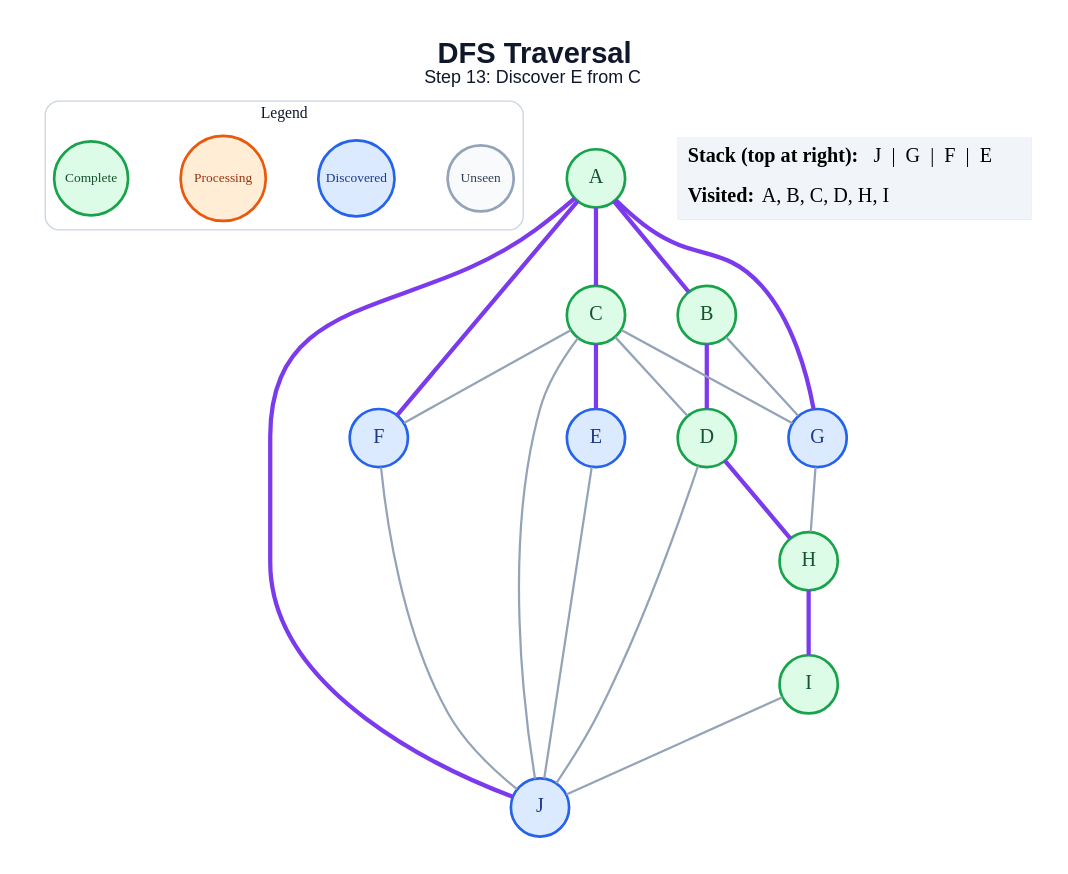
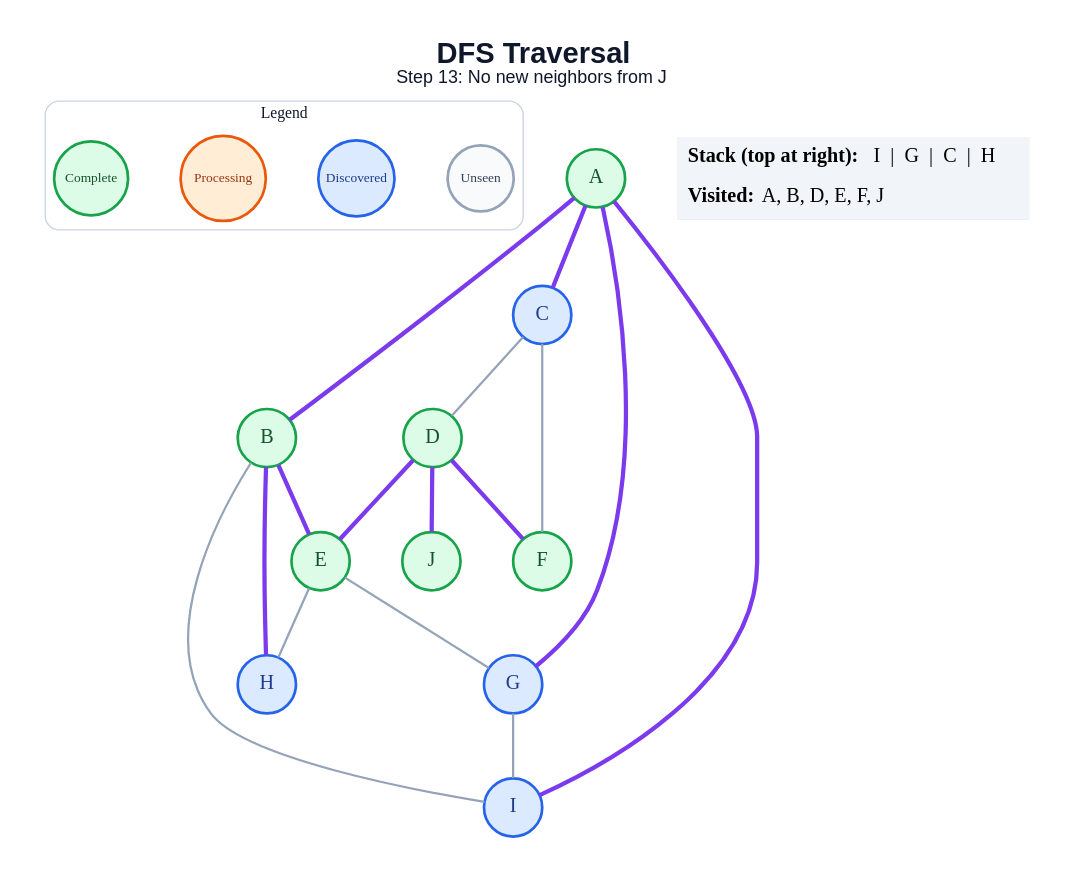
One commit to anon7238593-create/ai-slop changed the diagram in generated/dfs/step_13.dot. Above: the diagram before and after it, drawn with Graphviz. The commit also changed 178 other files, not shown here.

```diff
--- a/generated/dfs/step_13.dot
+++ b/generated/dfs/step_13.dot
@@ -1,48 +1,44 @@
 graph traversal {
   graph [layout=dot, rankdir=TB, bgcolor="#FFFFFF", pad="0.35", nodesep="0.65", ranksep="0.8", fontname="Arial"];
   node [shape=circle, style="filled", fontname="Arial Bold", fontsize=18, width=0.72, fixedsize=true, penwidth=2.4];
   edge [color="#94A3B8", penwidth=2.0];
-  label=<<B>DFS Traversal</B><BR/><FONT POINT-SIZE="16">Step 13: Discover E from C</FONT>>; labelloc="t"; fontsize=26; fontname="Arial"; fontcolor="#0F172A";
+  label=<<B>DFS Traversal</B><BR/><FONT POINT-SIZE="16">Step 13: No new neighbors from J</FONT>>; labelloc="t"; fontsize=26; fontname="Arial"; fontcolor="#0F172A";
   subgraph cluster_legend { label="Legend"; color="#CBD5E1"; penwidth=1.2; style="rounded"; fontsize=14; fontname="Arial Bold";
     key_unseen [label="Unseen", fillcolor="#F8FAFC", color="#94A3B8", fontcolor="#334155", fontsize=12, width=0.82];
     key_frontier [label="Discovered", fillcolor="#DBEAFE", color="#2563EB", fontcolor="#1E3A8A", fontsize=12, width=0.95];
     key_current [label="Processing", fillcolor="#FFEDD5", color="#EA580C", fontcolor="#9A3412", fontsize=12, width=1.05];
     key_done [label="Complete", fillcolor="#DCFCE7", color="#16A34A", fontcolor="#14532D", fontsize=12, width=0.92];
     { rank=same; key_unseen; key_frontier; key_current; key_done; }
   }
   A [fillcolor="#DCFCE7", color="#16A34A", fontcolor="#14532D"];
   B [fillcolor="#DCFCE7", color="#16A34A", fontcolor="#14532D"];
-  C [fillcolor="#DCFCE7", color="#16A34A", fontcolor="#14532D"];
+  C [fillcolor="#DBEAFE", color="#2563EB", fontcolor="#1E3A8A"];
   D [fillcolor="#DCFCE7", color="#16A34A", fontcolor="#14532D"];
-  E [fillcolor="#DBEAFE", color="#2563EB", fontcolor="#1E3A8A"];
-  F [fillcolor="#DBEAFE", color="#2563EB", fontcolor="#1E3A8A"];
+  E [fillcolor="#DCFCE7", color="#16A34A", fontcolor="#14532D"];
+  F [fillcolor="#DCFCE7", color="#16A34A", fontcolor="#14532D"];
   G [fillcolor="#DBEAFE", color="#2563EB", fontcolor="#1E3A8A"];
-  H [fillcolor="#DCFCE7", color="#16A34A", fontcolor="#14532D"];
-  I [fillcolor="#DCFCE7", color="#16A34A", fontcolor="#14532D"];
-  J [fillcolor="#DBEAFE", color="#2563EB", fontcolor="#1E3A8A"];
+  H [fillcolor="#DBEAFE", color="#2563EB", fontcolor="#1E3A8A"];
+  I [fillcolor="#DBEAFE", color="#2563EB", fontcolor="#1E3A8A"];
+  J [fillcolor="#DCFCE7", color="#16A34A", fontcolor="#14532D"];
   A -- B [color="#7C3AED", penwidth=3.8];
   A -- C [color="#7C3AED", penwidth=3.8];
-  A -- F [color="#7C3AED", penwidth=3.8];
   A -- G [color="#7C3AED", penwidth=3.8];
-  A -- J [color="#7C3AED", penwidth=3.8];
-  B -- D [color="#7C3AED", penwidth=3.8];
-  B -- G;
+  A -- I [color="#7C3AED", penwidth=3.8];
+  B -- E [color="#7C3AED", penwidth=3.8];
+  B -- H [color="#7C3AED", penwidth=3.8];
+  B -- I;
   C -- D;
-  C -- E [color="#7C3AED", penwidth=3.8];
   C -- F;
-  C -- G;
-  C -- J;
-  D -- H [color="#7C3AED", penwidth=3.8];
-  D -- J;
-  E -- J;
-  F -- J;
-  G -- H;
-  H -- I [color="#7C3AED", penwidth=3.8];
-  I -- J;
+  D -- E [color="#7C3AED", penwidth=3.8];
+  D -- F [color="#7C3AED", penwidth=3.8];
+  D -- J [color="#7C3AED", penwidth=3.8];
+  E -- G;
+  E -- H;
+  G -- I;
   status [shape=plain, fixedsize=false, width=0, height=0, margin=0, label=<
     <TABLE BORDER="0" CELLBORDER="0" CELLPADDING="7" BGCOLOR="#F1F5F9">
-      <TR><TD ALIGN="LEFT"><B>Stack (top at right):</B> J  |  G  |  F  |  E</TD></TR>
-      <TR><TD ALIGN="LEFT"><B>Visited:</B> A, B, C, D, H, I</TD></TR>
+      <TR><TD ALIGN="LEFT"><B>Stack (top at right):</B> I  |  G  |  C  |  H</TD></TR>
+      <TR><TD ALIGN="LEFT"><B>Visited:</B> A, B, D, E, F, J</TD></TR>
     </TABLE>
   >];
 }
```
